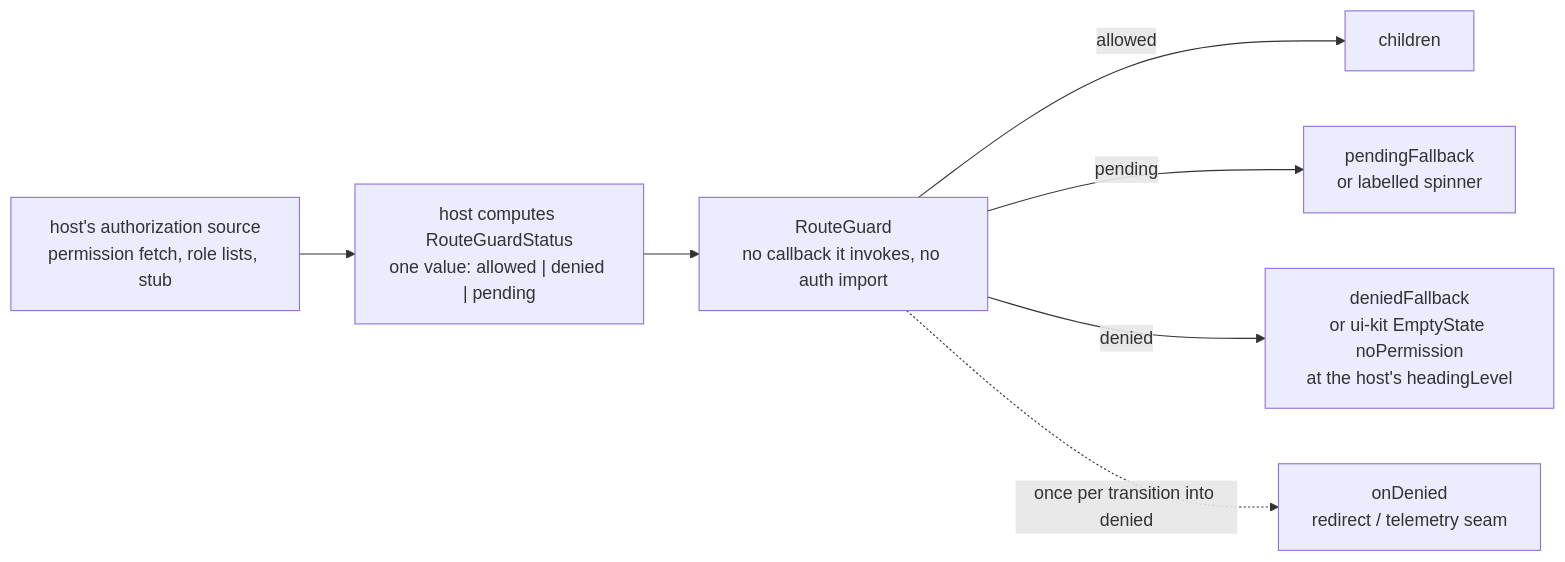
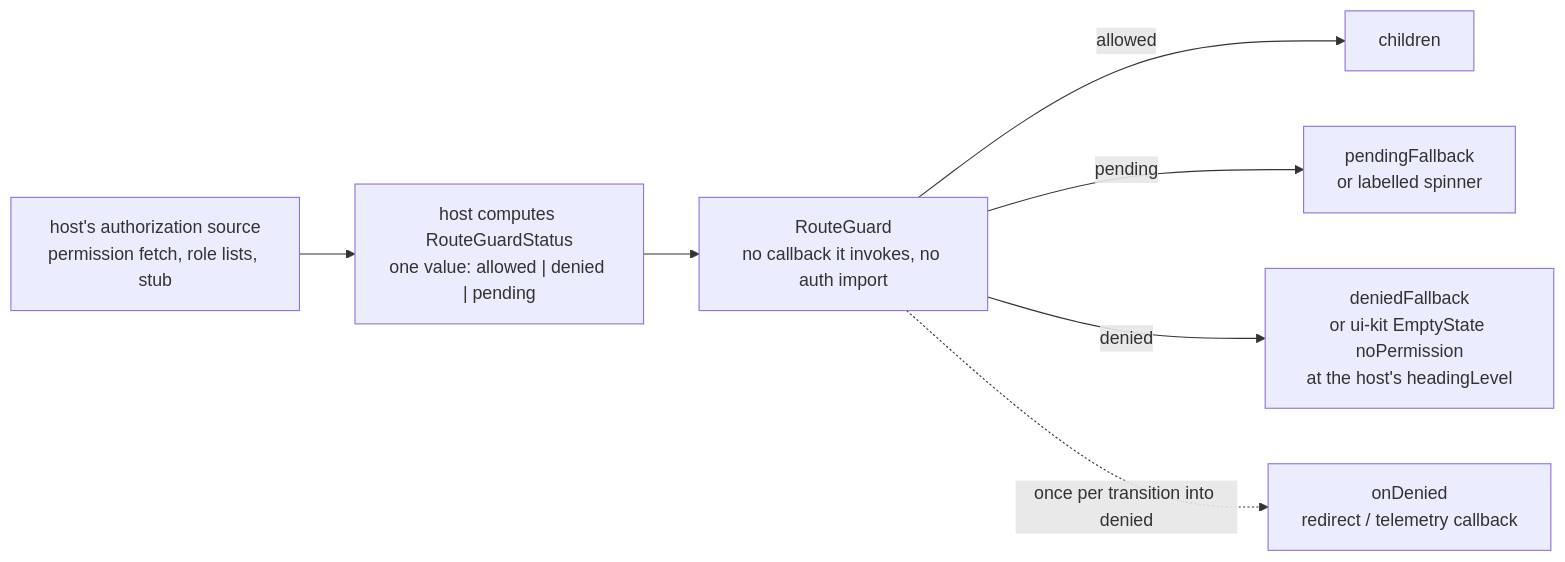
The diagram in docs/site/content.en/docs/developer-docs/modules/web/layout-kit.md (vislake/speed), drawn with Mermaid before and after one commit. The commit also changed other lines of this file and 71 other files, not shown here.

````diff
--- a/docs/site/content.en/docs/developer-docs/modules/web/layout-kit.md
+++ b/docs/site/content.en/docs/developer-docs/modules/web/layout-kit.md
@@ -100,9 +100,9 @@
 ```mermaid
 flowchart LR
     Src["host's authorization source<br/>permission fetch, role lists, stub"] --> C["host computes RouteGuardStatus<br/>one value: allowed | denied | pending"]
     C --> G["RouteGuard<br/>no callback it invokes, no auth import"]
     G -->|allowed| Ch["children"]
     G -->|pending| P["pendingFallback<br/>or labelled spinner"]
     G -->|denied| D["deniedFallback<br/>or ui-kit EmptyState noPermission<br/>at the host's headingLevel"]
-    G -.->|"once per transition into denied"| O["onDenied<br/>redirect / telemetry seam"]
+    G -.->|"once per transition into denied"| O["onDenied<br/>redirect / telemetry callback"]
 ```
````
